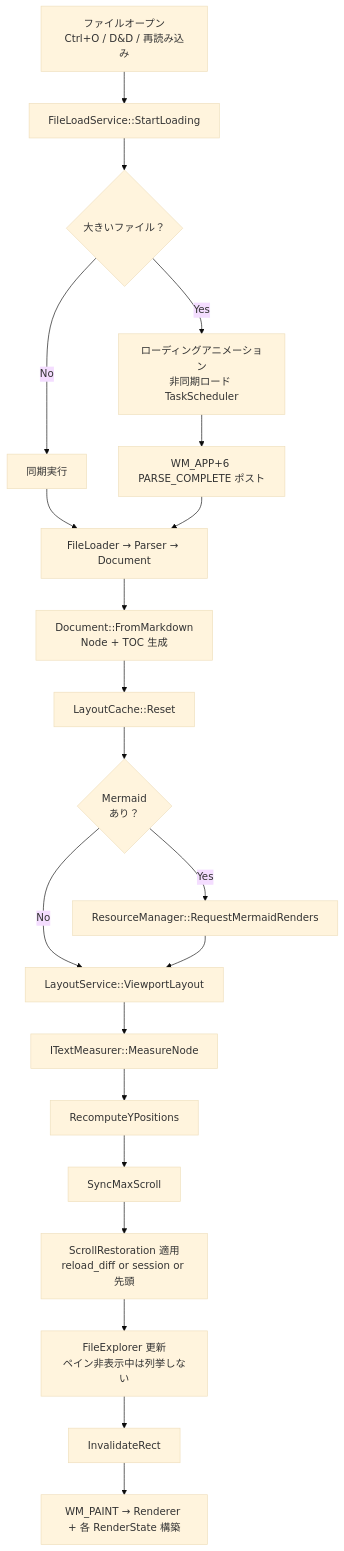
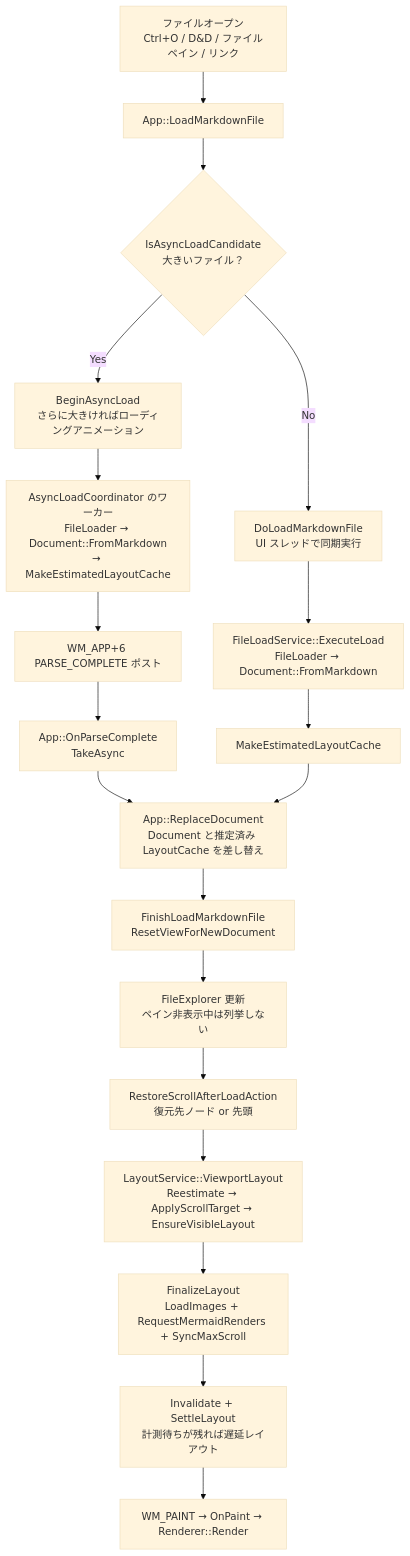
Diagram 18 of 27 in example/test.md (tanaton/mendo), drawn with Mermaid (base theme) before and after one commit. The commit also changed other lines of this file and 2 other files, not shown here.

````diff
--- a/example/test.md
+++ b/example/test.md
@@ -2993,24 +3161,22 @@
 ```mermaid
 flowchart TD
-    TRIGGER[ファイルオープン<br>Ctrl+O / D&D / 再読み込み] --> FLS[FileLoadService::StartLoading]
-    FLS --> ANIM{大きいファイル？}
-    ANIM -->|Yes| LANIM[ローディングアニメーション<br>非同期ロード TaskScheduler]
-    ANIM -->|No| SYNC[同期実行]
-    LANIM --> POST[WM_APP+6 PARSE_COMPLETE ポスト]
-    SYNC --> EXEC[FileLoader → Parser → Document]
-    POST --> EXEC
+    TRIGGER[ファイルオープン<br>Ctrl+O / D&D / ファイルペイン / リンク] --> LMF[App::LoadMarkdownFile]
+    LMF --> ANIM{IsAsyncLoadCandidate<br>大きいファイル？}
+    ANIM -->|Yes| ASYNC[BeginAsyncLoad<br>さらに大きければローディングアニメーション]
+    ANIM -->|No| SYNC[DoLoadMarkdownFile<br>UI スレッドで同期実行]
+    ASYNC --> WORKER[AsyncLoadCoordinator のワーカー<br>FileLoader → Document::FromMarkdown<br>→ MakeEstimatedLayoutCache]
+    WORKER --> POST[WM_APP+6 PARSE_COMPLETE ポスト]
+    POST --> OPC[App::OnParseComplete<br>TakeAsync]
+    SYNC --> EXEC[FileLoadService::ExecuteLoad<br>FileLoader → Document::FromMarkdown]
+    EXEC --> EST[MakeEstimatedLayoutCache]
 
-    EXEC --> DOC[Document::FromMarkdown<br>Node + TOC 生成]
-    DOC --> LC[LayoutCache::Reset]
-    LC --> MCHK{Mermaid<br>あり？}
-    MCHK -->|Yes| MREQ[ResourceManager::RequestMermaidRenders]
-    MCHK -->|No| LAYOUT
-    MREQ --> LAYOUT[LayoutService::ViewportLayout]
-    LAYOUT --> TXTL[ITextMeasurer::MeasureNode]
-    TXTL --> YPOS[RecomputeYPositions]
-    YPOS --> SYNCMS[SyncMaxScroll]
-    SYNCMS --> RESTORE[ScrollRestoration 適用<br>reload_diff or session or 先頭]
-    RESTORE --> FE[FileExplorer 更新<br>ペイン非表示中は列挙しない]
-    FE --> INVAL[InvalidateRect]
-    INVAL --> PAINT[WM_PAINT → Renderer + 各 RenderState 構築]
+    OPC --> REPL[App::ReplaceDocument<br>Document と推定済み LayoutCache を差し替え]
+    EST --> REPL
+    REPL --> RESET[FinishLoadMarkdownFile<br>ResetViewForNewDocument]
+    RESET --> FE[FileExplorer 更新<br>ペイン非表示中は列挙しない]
+    FE --> RESTORE[RestoreScrollAfterLoadAction<br>復元先ノード or 先頭]
+    RESTORE --> LAYOUT[LayoutService::ViewportLayout<br>Reestimate → ApplyScrollTarget → EnsureVisibleLayout]
+    LAYOUT --> FINAL[FinalizeLayout<br>LoadImages + RequestMermaidRenders + SyncMaxScroll]
+    FINAL --> INVAL[Invalidate + SettleLayout<br>計測待ちが残れば遅延レイアウト]
+    INVAL --> PAINT[WM_PAINT → OnPaint → Renderer::Render]
 ```
````
